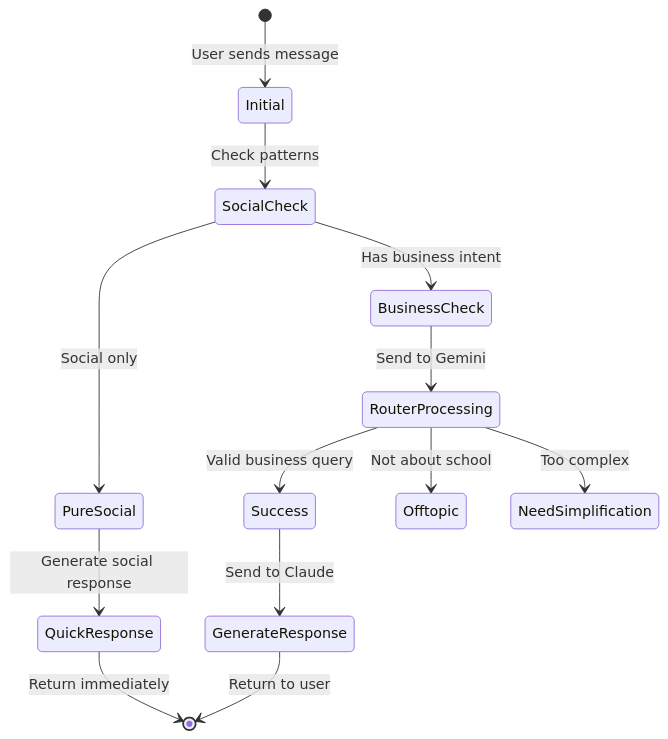
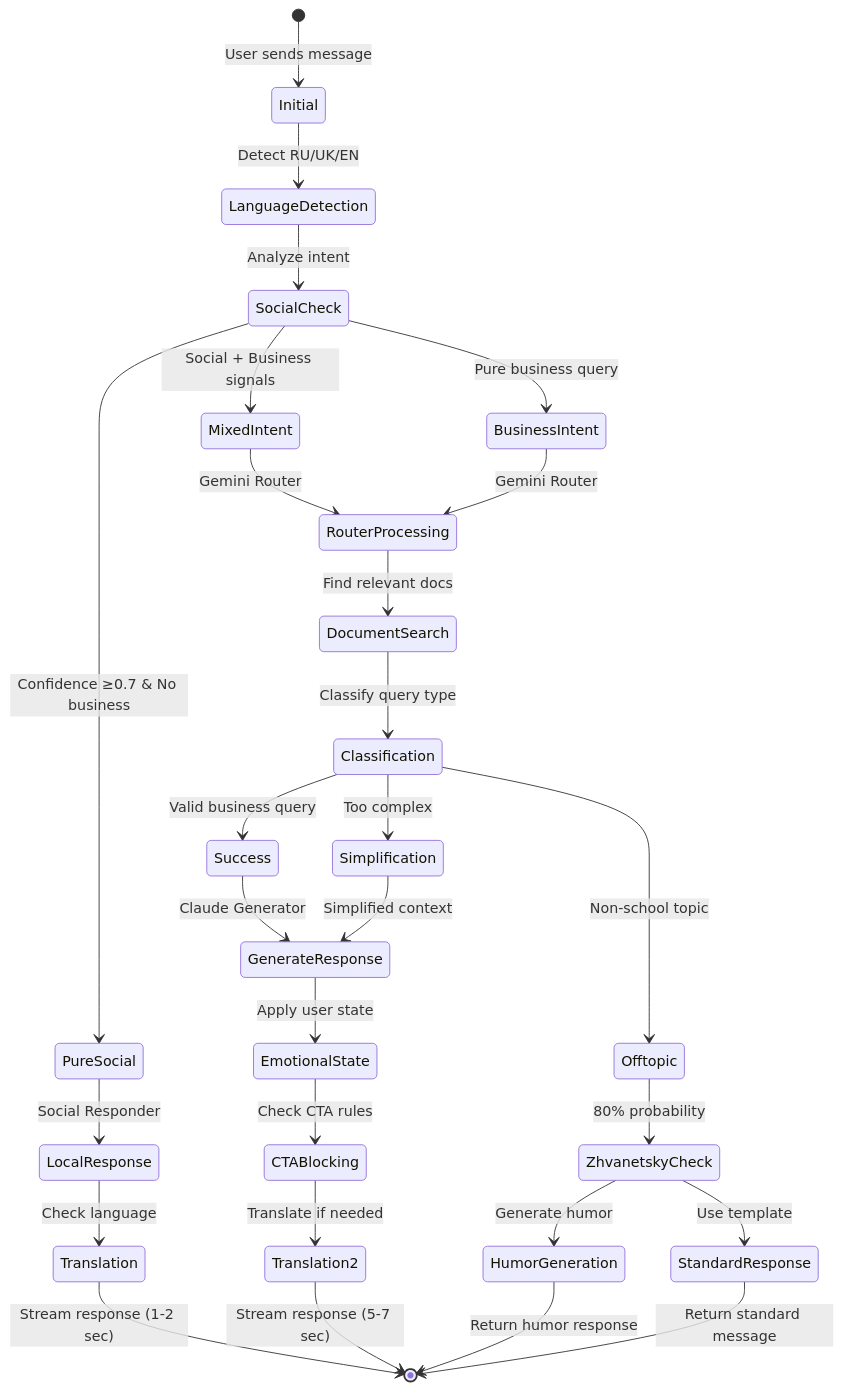
The third of 5 diagrams in README.md (shao3d/Ukido_DynContInj), drawn with Mermaid before and after one commit. The commit also changed other lines of this file and 5 other files, not shown here.

First line of the commit message:
docs: Обновлены архитектурные диаграммы до версии v0.16.1

````diff
--- a/README.md
+++ b/README.md
@@ -187,15 +227,38 @@
 ```mermaid
 stateDiagram-v2
     [*] --> Initial: User sends message
-    Initial --> SocialCheck: Check patterns
-    SocialCheck --> PureSocial: Social only
-    SocialCheck --> BusinessCheck: Has business intent
-    PureSocial --> QuickResponse: Generate social response
-    QuickResponse --> [*]: Return immediately
-    BusinessCheck --> RouterProcessing: Send to Gemini
-    RouterProcessing --> Success: Valid business query
-    RouterProcessing --> Offtopic: Not about school
-    RouterProcessing --> NeedSimplification: Too complex
-    Success --> GenerateResponse: Send to Claude
-    GenerateResponse --> [*]: Return to user
+    Initial --> LanguageDetection: Detect RU/UK/EN
+    LanguageDetection --> SocialCheck: Analyze intent
+    
+    SocialCheck --> PureSocial: Confidence ≥0.7 & No business
+    SocialCheck --> MixedIntent: Social + Business signals
+    SocialCheck --> BusinessIntent: Pure business query
+    
+    PureSocial --> LocalResponse: Social Responder
+    LocalResponse --> Translation: Check language
+    Translation --> [*]: Stream response (1-2 sec)
+    
+    MixedIntent --> RouterProcessing: Gemini Router
+    BusinessIntent --> RouterProcessing: Gemini Router
+    
+    RouterProcessing --> DocumentSearch: Find relevant docs
+    DocumentSearch --> Classification: Classify query type
+    
+    Classification --> Success: Valid business query
+    Classification --> Offtopic: Non-school topic
+    Classification --> Simplification: Too complex
+    
+    Success --> GenerateResponse: Claude Generator
+    GenerateResponse --> EmotionalState: Apply user state
+    EmotionalState --> CTABlocking: Check CTA rules
+    CTABlocking --> Translation2: Translate if needed
+    Translation2 --> [*]: Stream response (5-7 sec)
+    
+    Offtopic --> ZhvanetskyCheck: 80% probability
+    ZhvanetskyCheck --> HumorGeneration: Generate humor
+    ZhvanetskyCheck --> StandardResponse: Use template
+    HumorGeneration --> [*]: Return humor response
+    StandardResponse --> [*]: Return standard message
+    
+    Simplification --> GenerateResponse: Simplified context
 ```
````
